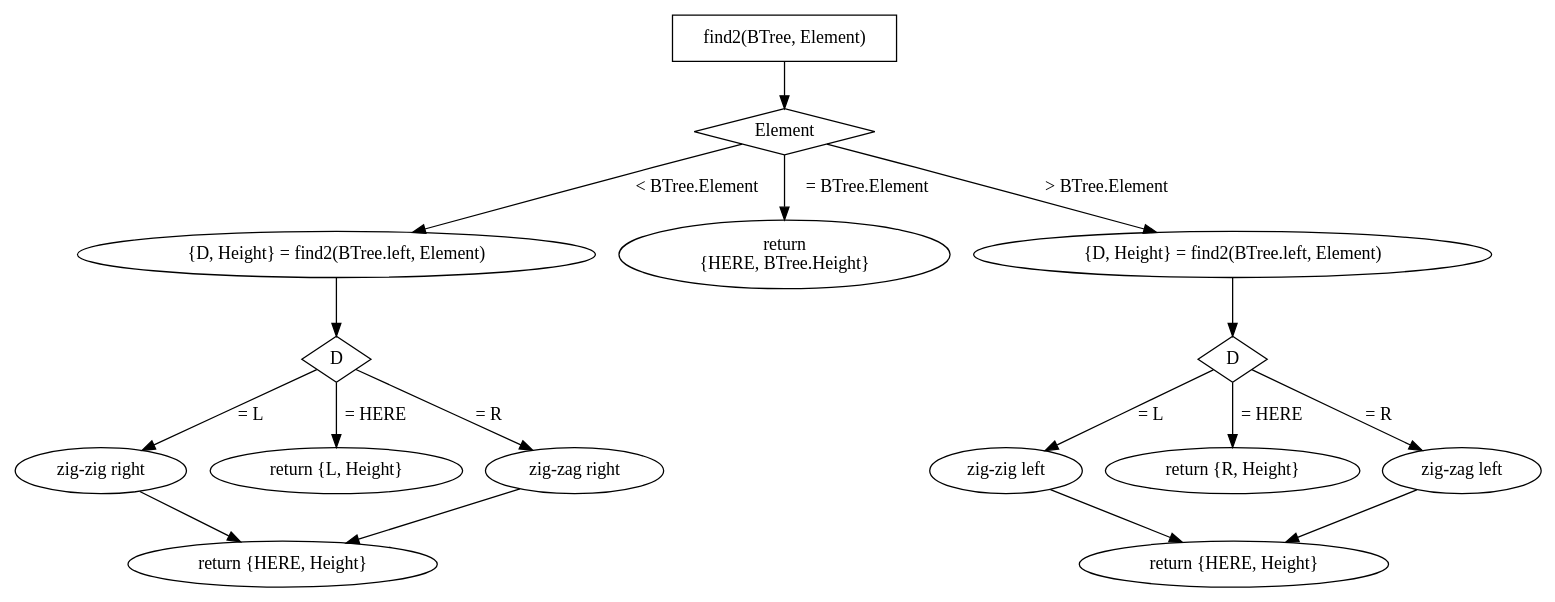
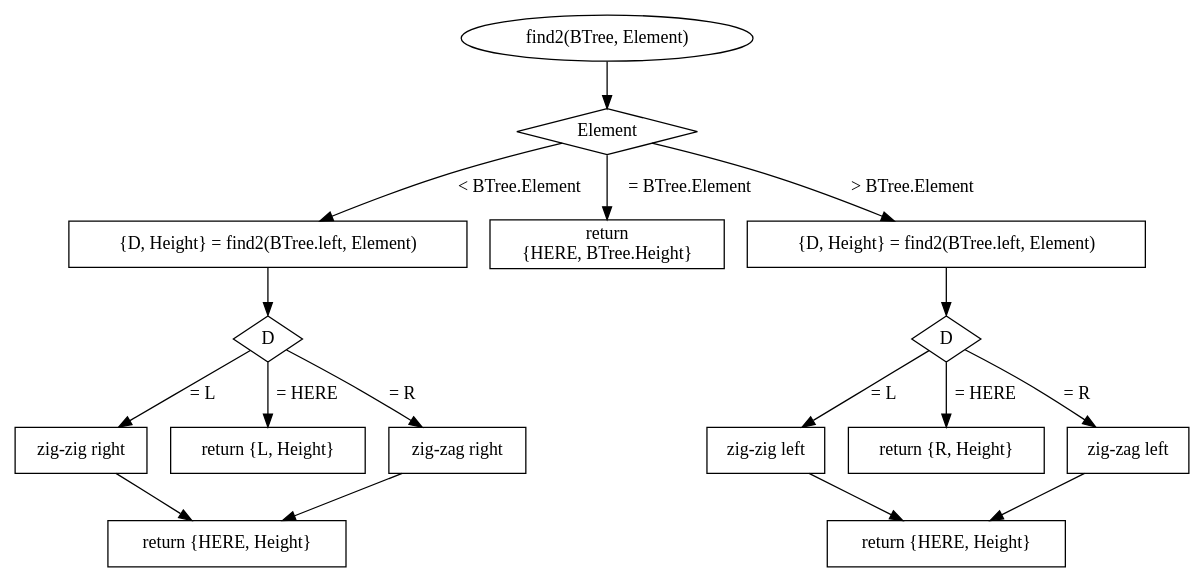
The diagram in doc/graphviz/splayFind2.gv (hugoppp-uni/Hausarbeit-Algorithmen-und-Datenstrukturen), drawn with Graphviz before and after one commit. The commit also changed 6 other files, not shown here.

Commit message:
Graphviz: Improve layout and change shape to box

```diff
--- a/doc/graphviz/splayFind2.gv
+++ b/doc/graphviz/splayFind2.gv
@@ -1,38 +1,39 @@
 digraph G{
-start [label = "find2(BTree, Element)" shape = box]
+node [shape = box];
+start [label = "find2(BTree, Element)" shape = ellipse]
 start -> b1
 b1[label = "Element" shape = diamond]
 b1 -> lt [label = " < BTree.Element"]
 b1 -> eq [label = " = BTree.Element"]
 b1 -> gt [label = " > BTree.Element"]
 
 gt[label = "{D, Height} = find2(BTree.left, Element)"]
 gt -> gt2
 gt2[label = "D" shape = diamond]
 gt2 -> gtl [label="= L"]
 gt2 -> gth [label="= HERE"]
 gt2 -> gtr [label="= R"]
 gth[label = "return {R, Height}"]
 gtl[label = "zig-zig left"]
 gtr[label = "zig-zag left"]
 gtl -> gtlr
 gtr -> gtlr
 gtlr [label = "return {HERE, Height}"]
 
 eq [label = "return\n{HERE, BTree.Height}"]
 
 lt[label = "{D, Height} = find2(BTree.left, Element)"]
 lt -> lt2
 lt2[label = "D" shape = diamond]
 lt2 -> ltl [label="= L"]
 lt2 -> lth [label="= HERE"]
 lt2 -> ltr [label="= R"]
 lth[label = "return {L, Height}"]
 ltl[label = "zig-zig right"]
 ltr[label = "zig-zag right"]
 ltl -> ltlr
 ltr -> ltlr
 ltlr [label = "return {HERE, Height}"]
 
 
 }
```
